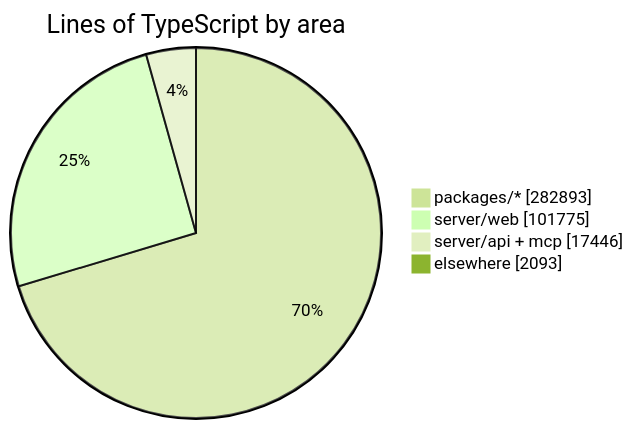
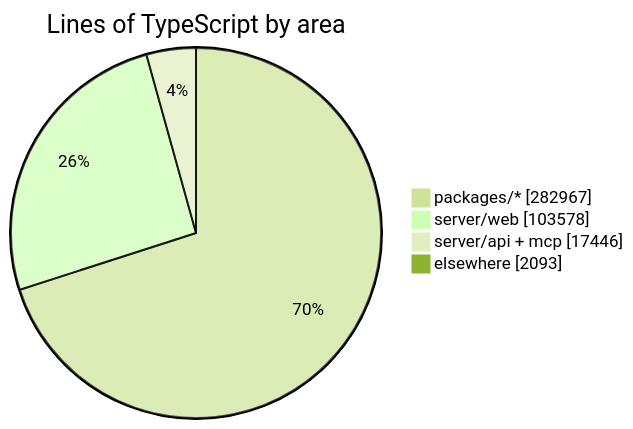
Before and after one commit to crossworks-engineering/mantle: the diagram in README.md, drawn with Mermaid (forest theme). The commit also changed other lines of this file and 2 other files, not shown here.

````diff
--- a/README.md
+++ b/README.md
@@ -294,7 +294,7 @@
 ```mermaid
 pie showData title Lines of TypeScript by area
-    "packages/*" : 282893
-    "server/web" : 101775
+    "packages/*" : 282967
+    "server/web" : 103578
     "server/api + mcp" : 17446
     "elsewhere" : 2093
 ```
````
